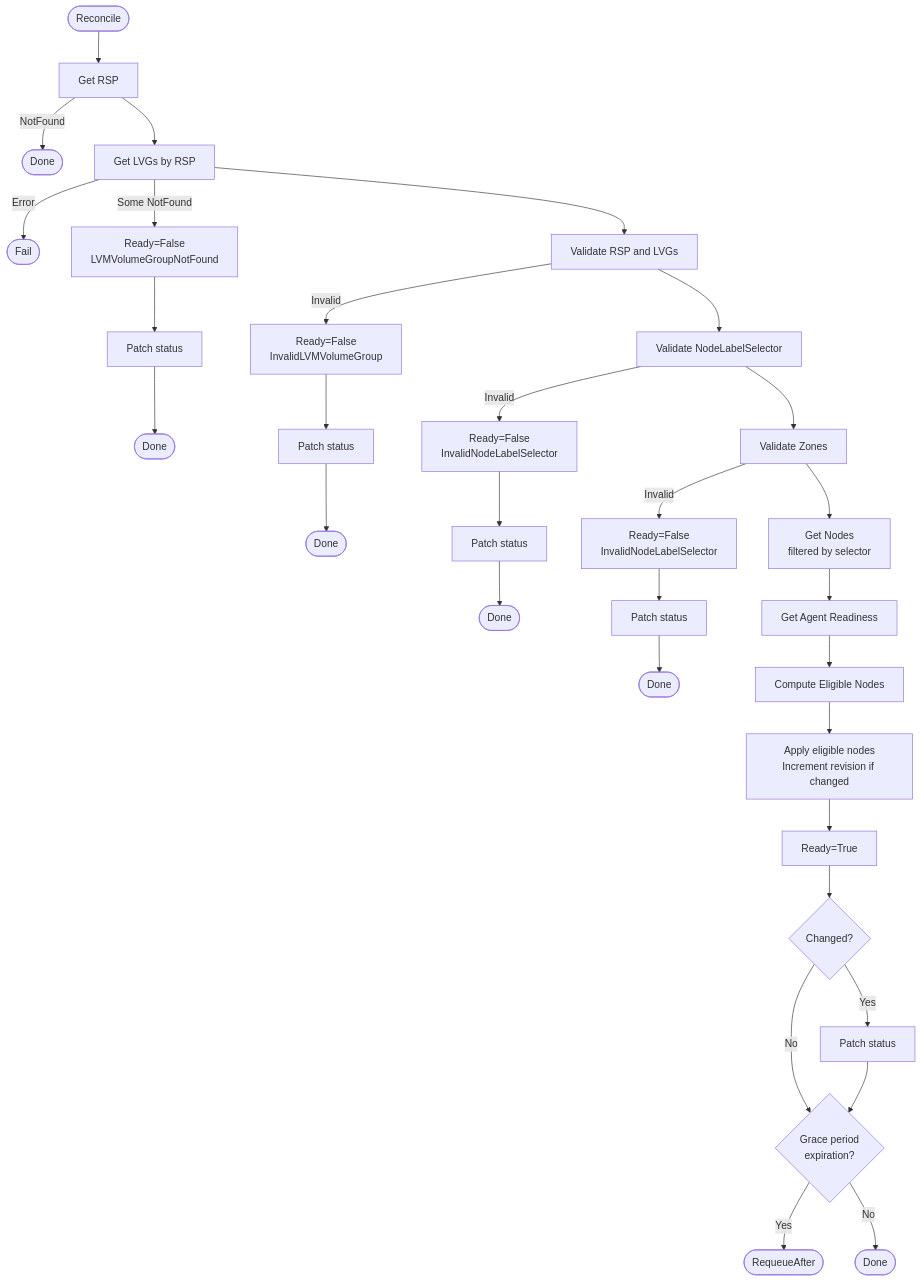
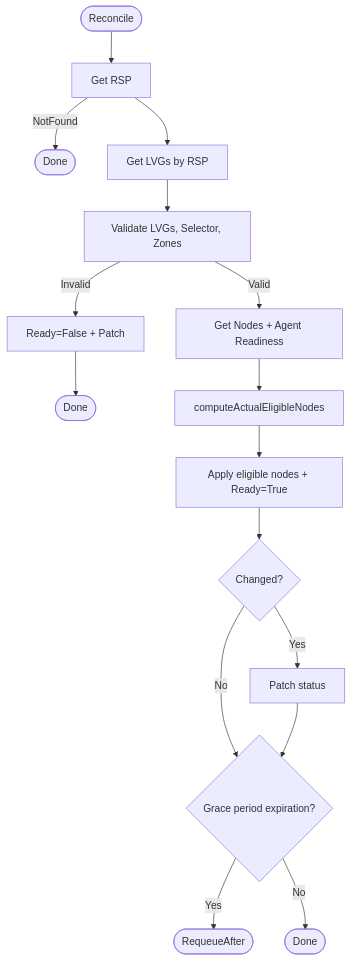
The first of 6 diagrams in images/controller/internal/controllers/rsp_controller/README.md (deckhouse/sds-replicated-volume), drawn with Mermaid before and after one commit. The commit also changed other lines of this file and 2 other files, not shown here.

````diff
--- a/images/controller/internal/controllers/rsp_controller/README.md
+++ b/images/controller/internal/controllers/rsp_controller/README.md
@@ -61,45 +70,22 @@
 ```mermaid
 flowchart TD
     Start([Reconcile]) --> GetRSP[Get RSP]
     GetRSP -->|NotFound| Done1([Done])
     GetRSP --> GetLVGs[Get LVGs by RSP]
 
-    GetLVGs -->|Error| Fail1([Fail])
-    GetLVGs -->|Some NotFound| SetLVGNotFound[Ready=False<br>LVMVolumeGroupNotFound]
-    GetLVGs --> ValidateRSP[Validate RSP and LVGs]
+    GetLVGs --> Validate[Validate LVGs, Selector, Zones]
+    Validate -->|Invalid| SetFalse[Ready=False + Patch]
+    SetFalse --> Done2([Done])
 
-    SetLVGNotFound --> PatchStatus1[Patch status]
-    PatchStatus1 --> Done2([Done])
+    Validate -->|Valid| GetInputs[Get Nodes + Agent Readiness]
+    GetInputs --> Compute[computeActualEligibleNodes]
+    Compute --> Apply[Apply eligible nodes + Ready=True]
 
-    ValidateRSP -->|Invalid| SetInvalidLVG[Ready=False<br>InvalidLVMVolumeGroup]
-    ValidateRSP --> ValidateSelector[Validate NodeLabelSelector]
+    Apply --> PatchDecision{Changed?}
+    PatchDecision -->|Yes| Patch[Patch status]
+    PatchDecision -->|No| GraceCheck
+    Patch --> GraceCheck{Grace period expiration?}
 
-    SetInvalidLVG --> PatchStatus2[Patch status]
-    PatchStatus2 --> Done3([Done])
-
-    ValidateSelector -->|Invalid| SetInvalidSelector[Ready=False<br>InvalidNodeLabelSelector]
-    ValidateSelector --> ValidateZones[Validate Zones]
-
-    SetInvalidSelector --> PatchStatus3[Patch status]
-    PatchStatus3 --> Done4([Done])
-
-    ValidateZones -->|Invalid| SetInvalidZones[Ready=False<br>InvalidNodeLabelSelector]
-    ValidateZones --> GetNodes[Get Nodes<br>filtered by selector]
-
-    SetInvalidZones --> PatchStatus4[Patch status]
-    PatchStatus4 --> Done5([Done])
-
-    GetNodes --> GetAgentReadiness[Get Agent Readiness]
-    GetAgentReadiness --> ComputeEligible[Compute Eligible Nodes]
-
-    ComputeEligible --> ApplyEligible[Apply eligible nodes<br>Increment revision if changed]
-    ApplyEligible --> SetReady[Ready=True]
-
-    SetReady --> Changed{Changed?}
-    Changed -->|Yes| PatchStatus5[Patch status]
-    Changed -->|No| CheckGrace{Grace period<br>expiration?}
-    PatchStatus5 --> CheckGrace
-
-    CheckGrace -->|Yes| Requeue([RequeueAfter])
-    CheckGrace -->|No| Done6([Done])
+    GraceCheck -->|Yes| Requeue([RequeueAfter])
+    GraceCheck -->|No| Done3([Done])
 ```
````
